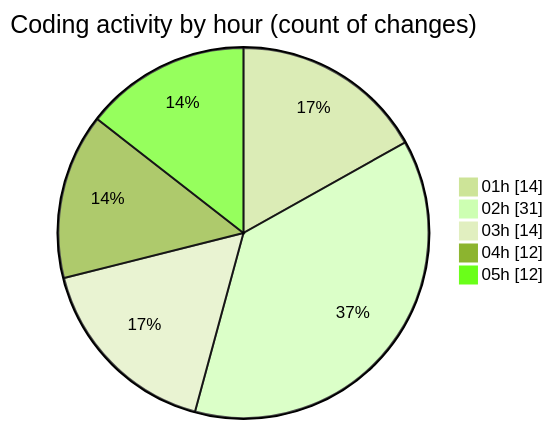
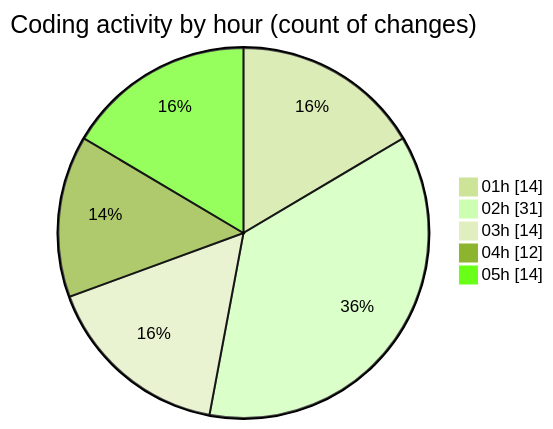
The second of 2 diagrams in 2025-07-13/telebot/README.md (jrari/code-tracking), drawn with Mermaid (forest theme) before and after one commit. The commit also changed other lines of this file and 1 other file, not shown here.

````diff
--- a/2025-07-13/telebot/README.md
+++ b/2025-07-13/telebot/README.md
@@ -66,9 +67,9 @@
 ```mermaid
 pie showData
 title Coding activity by hour (count of changes)
 "01h" : 14
 "02h" : 31
 "03h" : 14
 "04h" : 12
-"05h" : 12
+"05h" : 14
 ```
````
